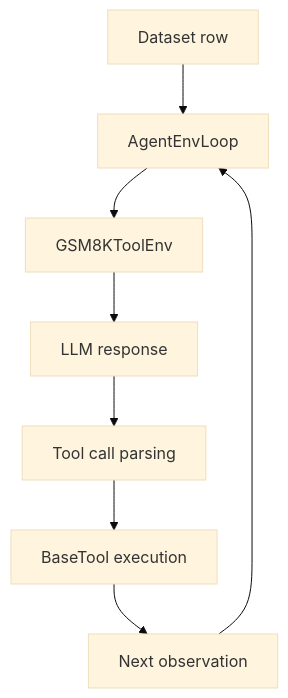
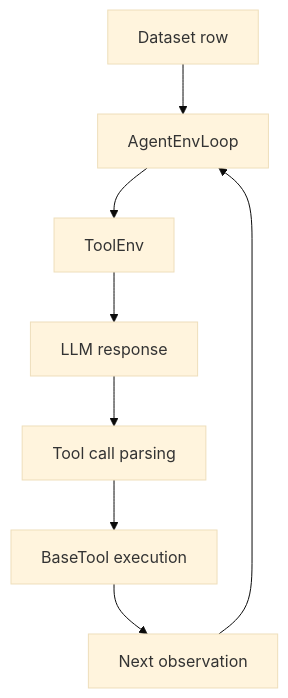
The diagram in docs/tutorials/agent-task.md (0russwest0/Agent-R1), drawn with Mermaid (base theme) before and after one commit. The commit also changed other lines of this file and 17 other files, not shown here.

Commit message:
Move GSM8K tool into recipe

````diff
--- a/docs/tutorials/agent-task.md
+++ b/docs/tutorials/agent-task.md
@@ -60,10 +60,10 @@
 ```mermaid
 graph TD
     datasetRow["Dataset row"] --> agentFlow["AgentEnvLoop"]
-    agentFlow --> toolEnv["GSM8KToolEnv"]
+    agentFlow --> toolEnv["ToolEnv"]
     toolEnv --> llmStep["LLM response"]
     llmStep --> toolCall["Tool call parsing"]
     toolCall --> toolExec["BaseTool execution"]
     toolExec --> nextObs["Next observation"]
     nextObs --> agentFlow
 ```
````
